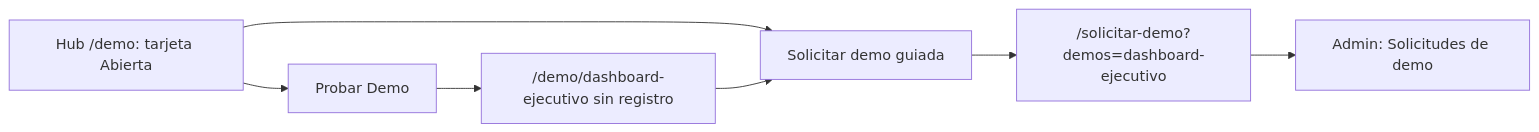
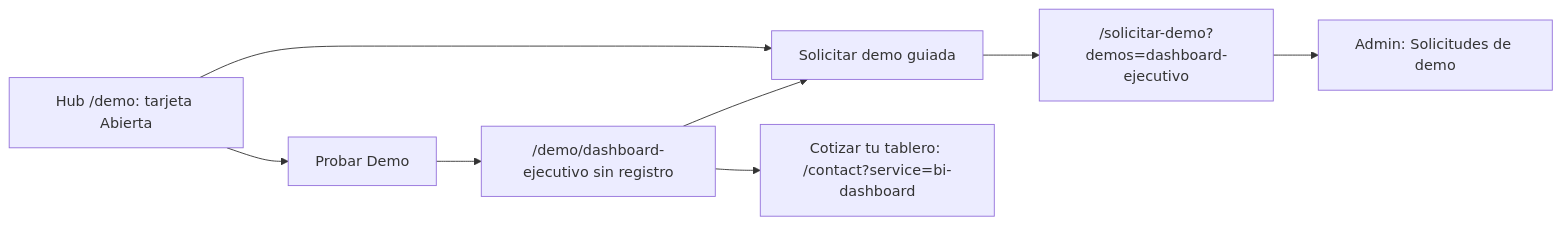
The third of 3 diagrams in docs/wiki/Guia-Demo-dashboard-ejecutivo.md (ronalc90/koptup), drawn with Mermaid before and after one commit. The commit also changed other lines of this file and 40 other files, not shown here.

````diff
--- a/docs/wiki/Guia-Demo-dashboard-ejecutivo.md
+++ b/docs/wiki/Guia-Demo-dashboard-ejecutivo.md
@@ -298,9 +338,10 @@
 ```mermaid
 flowchart LR
     H["Hub /demo: tarjeta Abierta"] --> P["Probar Demo"]
     P --> D["/demo/dashboard-ejecutivo sin registro"]
     H --> G["Solicitar demo guiada"]
     D --> G
+    D --> Q["Cotizar tu tablero: /contact?service=bi-dashboard"]
     G --> F["/solicitar-demo?demos=dashboard-ejecutivo"]
     F --> AD["Admin: Solicitudes de demo"]
 ```
````
